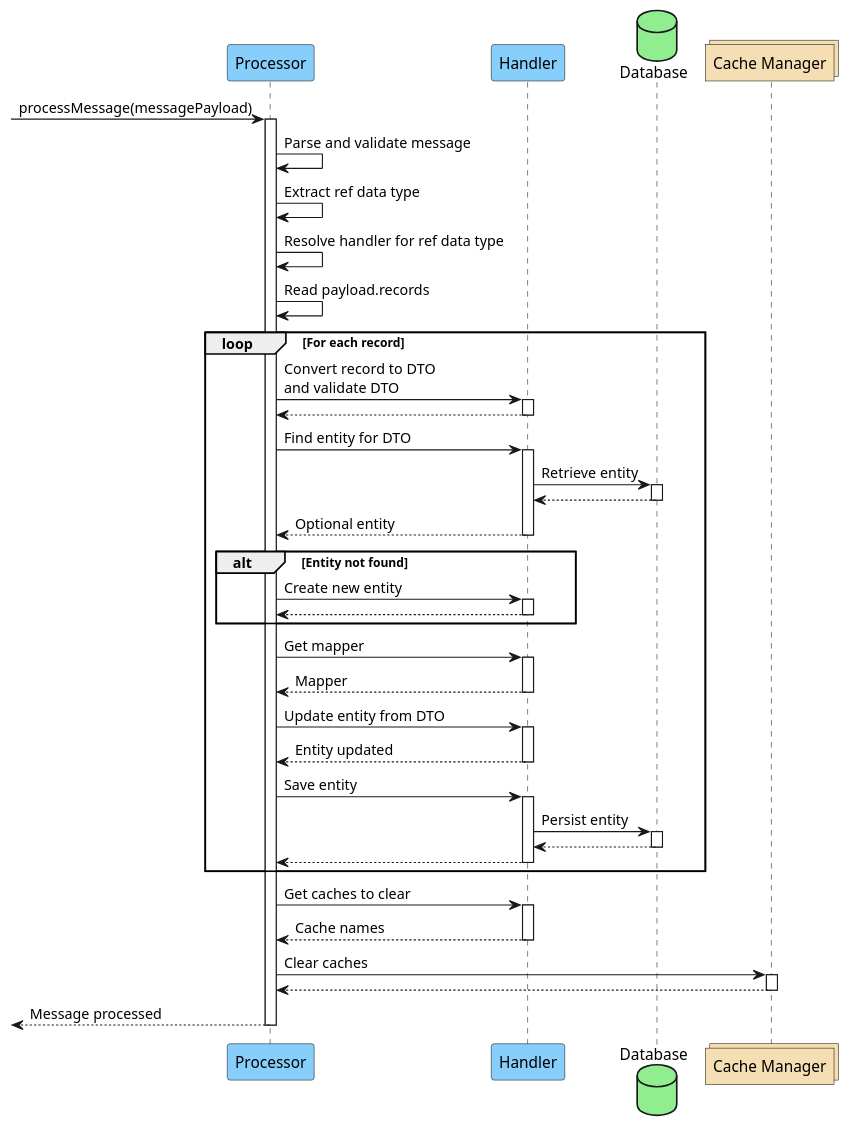
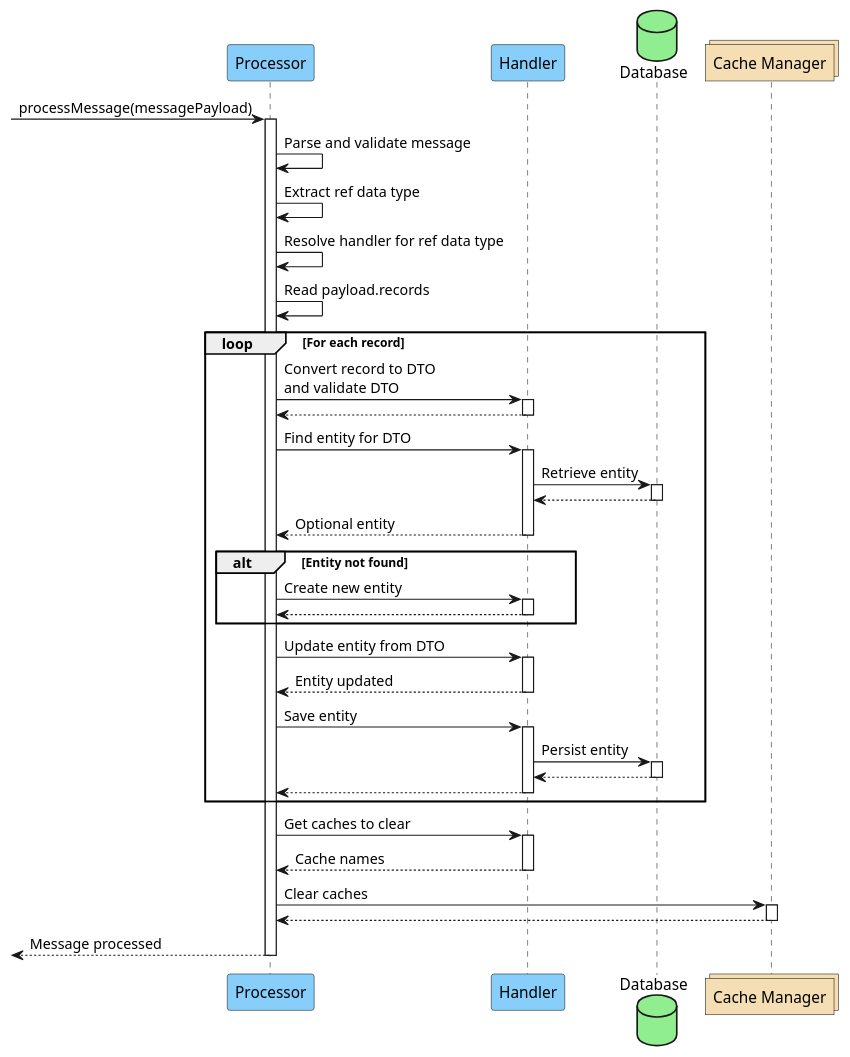
Before and after one commit to hmcts/opal-docs: the diagram in plantUML/reference-data/processor_handler.puml, drawn with PlantUML.

Commit message:
processor handler - remove mapper 02

```diff
--- a/plantUML/reference-data/processor_handler.puml
+++ b/plantUML/reference-data/processor_handler.puml
@@ -1,51 +1,48 @@
 @startuml
 participant "Processor" as processor #lightskyblue
 participant "Handler" as handler #lightskyblue
 database "Database" as db #lightgreen
 collections "Cache Manager" as cacheManager #wheat
 
 -> processor ++ : processMessage(messagePayload)
 
 processor -> processor : Parse and validate message
 processor -> processor : Extract ref data type
 processor -> processor : Resolve handler for ref data type
 
 processor -> processor : Read payload.records
 
 loop For each record
     processor -> handler ++ : Convert record to DTO\nand validate DTO
     handler --> processor --
 
     processor -> handler ++ : Find entity for DTO
     handler -> db ++ : Retrieve entity
     db --> handler --
     handler --> processor -- : Optional entity
 
     alt Entity not found
         processor -> handler ++ : Create new entity
         handler --> processor --
     end
 
-    processor -> handler ++ : Get mapper
-    handler --> processor -- : Mapper
-
     processor -> handler ++ : Update entity from DTO
     handler --> processor -- : Entity updated
 
     processor -> handler ++ : Save entity
     handler -> db ++ : Persist entity
     db --> handler --
     handler --> processor --
 end
 
 processor -> handler ++ : Get caches to clear
 handler --> processor -- : Cache names
 
 processor -> cacheManager ++ : Clear caches
 cacheManager --> processor --
 
 <-- processor : Message processed
 
 deactivate processor
 
 @enduml
```
